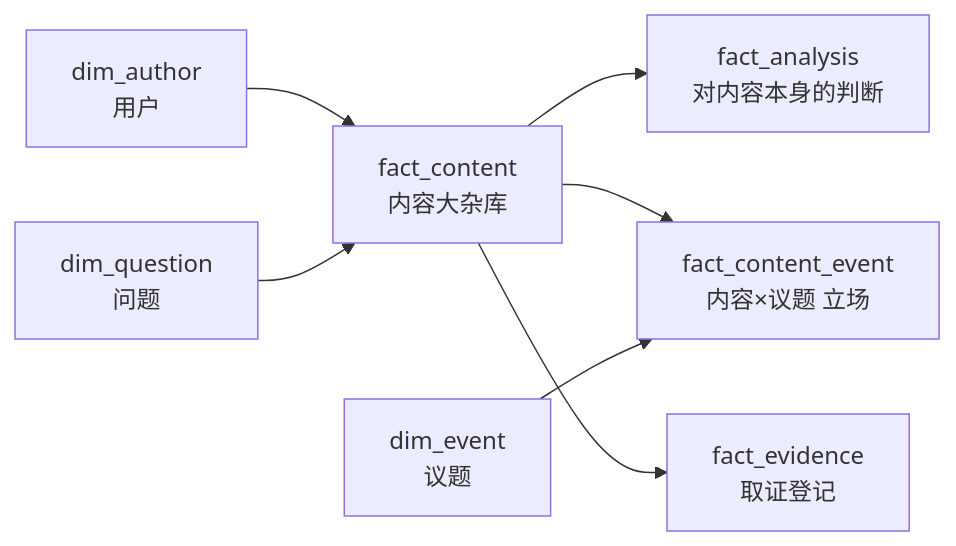
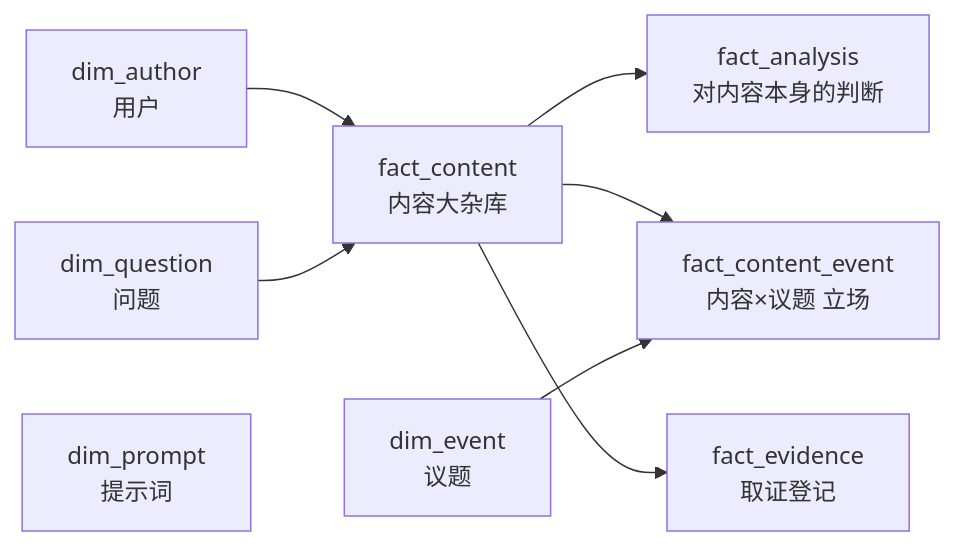
Before and after one commit to Charlie0604/sentinel_q: the third of 3 diagrams in 知乎舆情监控系统-架构设计文档.md, drawn with Mermaid. The commit also changed other lines of this file and 86 other files, not shown here.

````diff
--- a/知乎舆情监控系统-架构设计文档.md
+++ b/知乎舆情监控系统-架构设计文档.md
@@ -627,18 +1037,19 @@
 ```mermaid
 flowchart LR
     DA["dim_author<br/>用户"]
     DQ["dim_question<br/>问题"]
     DE["dim_event<br/>议题"]
 
     FC["fact_content<br/>内容大杂库"]
     FA["fact_analysis<br/>对内容本身的判断"]
     FCE["fact_content_event<br/>内容×议题 立场"]
     FE["fact_evidence<br/>取证登记"]
+    DP["dim_prompt<br/>提示词"]
 
     DA --> FC
     DQ --> FC
     FC --> FA
     FC --> FCE
     DE --> FCE
     FC --> FE
 ```
````
